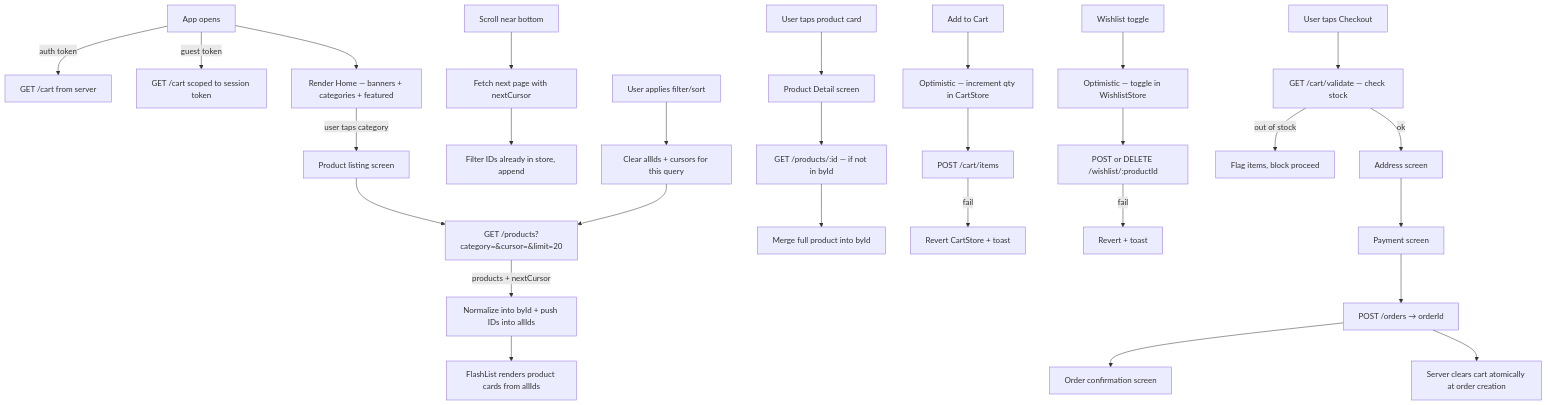
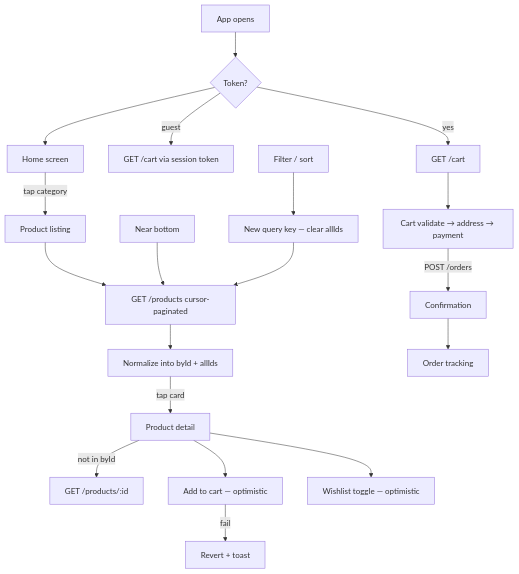
One commit to shubhamd99/private-learnings changed the first of 3 diagrams in GreatFrontend/SystemDesign/DesignECommerceApp.md. Above: the diagram before and after it, drawn with Mermaid. The commit also changed other lines of this file, not shown here.

Commit message:
design ecommerce app

````diff
--- a/GreatFrontend/SystemDesign/DesignECommerceApp.md
+++ b/GreatFrontend/SystemDesign/DesignECommerceApp.md
@@ -5,37 +5,26 @@
 ```mermaid
 graph TD
-    OPEN[App opens] -->|auth token| CART[GET /cart from server]
-    OPEN -->|guest token| GUEST_CART[GET /cart scoped to session token]
-    OPEN --> HOME[Render Home — banners + categories + featured]
-    HOME -->|user taps category| LIST[Product listing screen]
+    OPEN[App opens] --> AUTH{Token?}
+    AUTH -->|yes| CART[GET /cart]
+    AUTH -->|guest| GCART[GET /cart via session token]
+    AUTH --> HOME[Home screen]
 
-    LIST --> FETCH[GET /products?category=&cursor=&limit=20]
-    FETCH -->|products + nextCursor| STORE[Normalize into byId + push IDs into allIds]
-    STORE --> FLASH[FlashList renders product cards from allIds]
+    HOME -->|tap category| LIST[Product listing]
+    LIST --> FETCH[GET /products cursor-paginated]
+    FETCH --> STORE[Normalize into byId + allIds]
+    SCROLL[Near bottom] --> FETCH
 
-    SCROLL[Scroll near bottom] --> LOADMORE[Fetch next page with nextCursor]
-    LOADMORE --> DEDUP[Filter IDs already in store, append]
-
-    FILTER[User applies filter/sort] --> RESET[Clear allIds + cursors for this query]
+    FILTER[Filter / sort] --> RESET[New query key — clear allIds]
     RESET --> FETCH
 
-    CARD[User taps product card] --> DETAIL[Product Detail screen]
-    DETAIL --> FETCH_DETAIL[GET /products/:id — if not in byId]
-    FETCH_DETAIL --> PATCH_STORE[Merge full product into byId]
+    STORE -->|tap card| DETAIL[Product detail]
+    DETAIL -->|not in byId| FETCH_DETAIL[GET /products/:id]
 
-    ADD[Add to Cart] --> OPT_CART[Optimistic — increment qty in CartStore]
-    OPT_CART --> API_CART[POST /cart/items]
-    API_CART -->|fail| REVERT_CART[Revert CartStore + toast]
+    DETAIL --> ADD[Add to cart — optimistic]
+    ADD -->|fail| REVERT[Revert + toast]
+    DETAIL --> WISH[Wishlist toggle — optimistic]
 
-    WISH[Wishlist toggle] --> OPT_WISH[Optimistic — toggle in WishlistStore]
-    OPT_WISH --> API_WISH[POST or DELETE /wishlist/:productId]
-    API_WISH -->|fail| REVERT_WISH[Revert + toast]
-
-    CHECKOUT[User taps Checkout] --> STOCK[GET /cart/validate — check stock]
-    STOCK -->|out of stock| FLAG[Flag items, block proceed]
-    STOCK -->|ok| ADDR[Address screen]
-    ADDR --> PAY[Payment screen]
-    PAY --> ORDER[POST /orders → orderId]
-    ORDER --> CONFIRM[Order confirmation screen]
-    ORDER --> CLEAR_CART[Server clears cart atomically at order creation]
+    CART --> CHECKOUT[Cart validate → address → payment]
+    CHECKOUT -->|POST /orders| CONFIRM[Confirmation]
+    CONFIRM --> TRACK[Order tracking]
 ```
````
